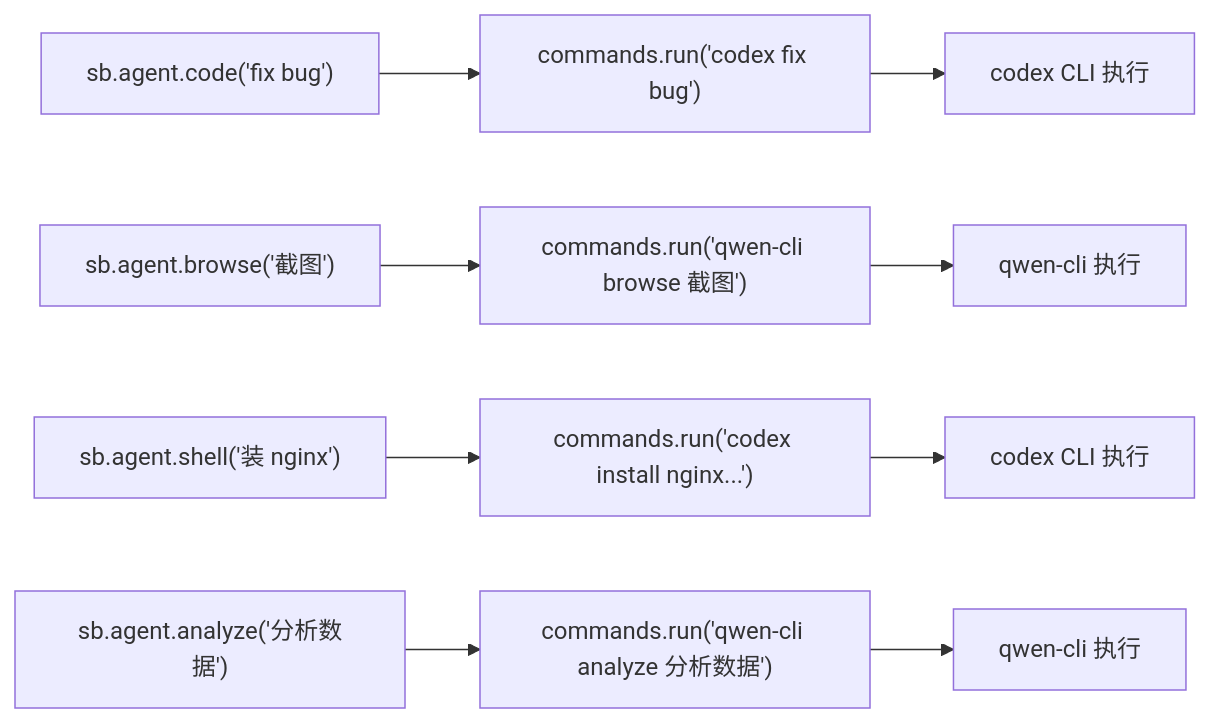
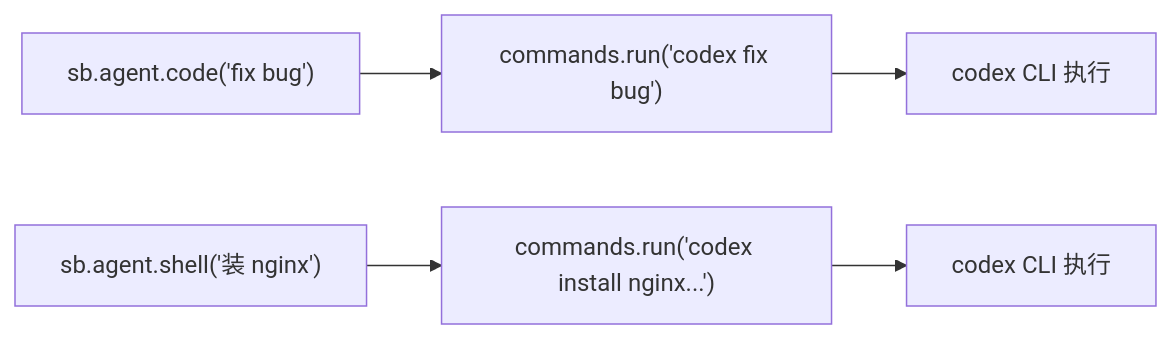
Before and after one commit to Easy-Sandbox/easy-sandbox: the first of 2 diagrams in docs/zh/design/built-in-agents.md, drawn with Mermaid. The commit also changed other lines of this file and 357 other files, not shown here.

````diff
--- a/docs/zh/design/built-in-agents.md
+++ b/docs/zh/design/built-in-agents.md
@@ -55,11 +55,7 @@
 ```mermaid
 graph LR
     A1["sb.agent.code('fix bug')"] --> B1["commands.run('codex fix bug')"]
     B1 --> C1[codex CLI 执行]
-    A2["sb.agent.browse('截图')"] --> B2["commands.run('qwen-cli browse 截图')"]
-    B2 --> C2[qwen-cli 执行]
     A3["sb.agent.shell('装 nginx')"] --> B3["commands.run('codex install nginx...')"]
     B3 --> C3[codex CLI 执行]
-    A4["sb.agent.analyze('分析数据')"] --> B4["commands.run('qwen-cli analyze 分析数据')"]
-    B4 --> C4[qwen-cli 执行]
 ```
````
